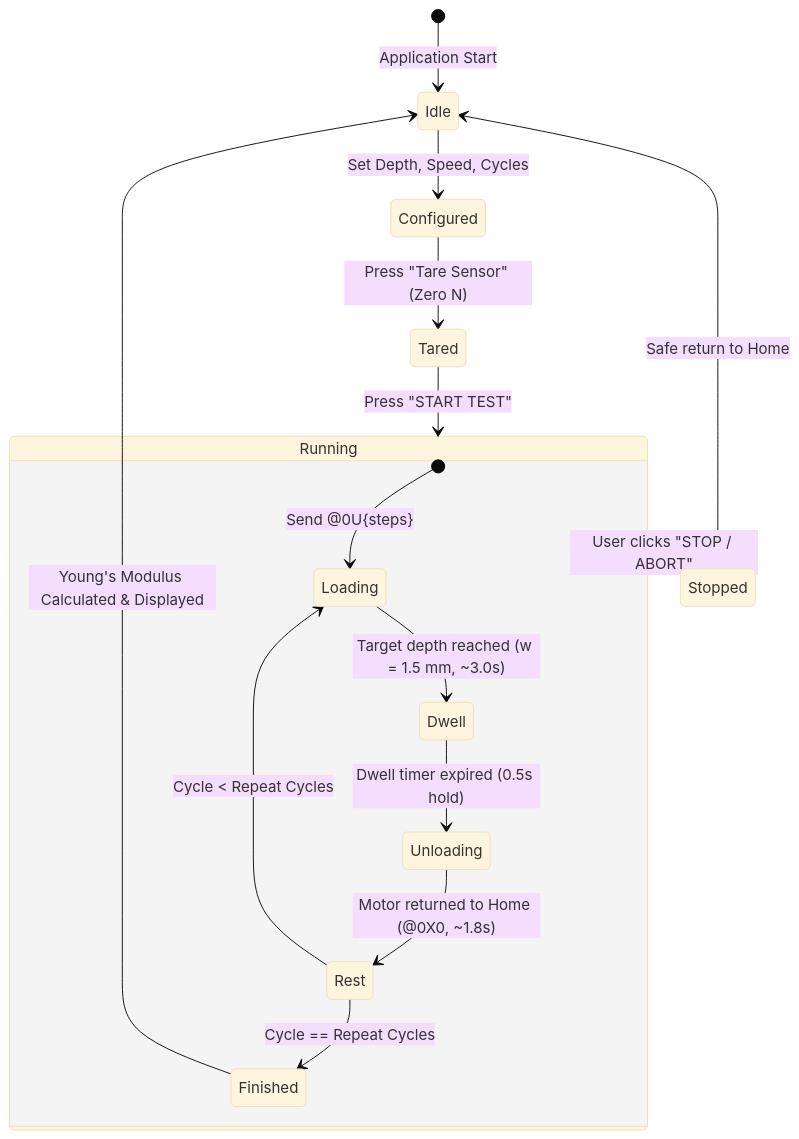
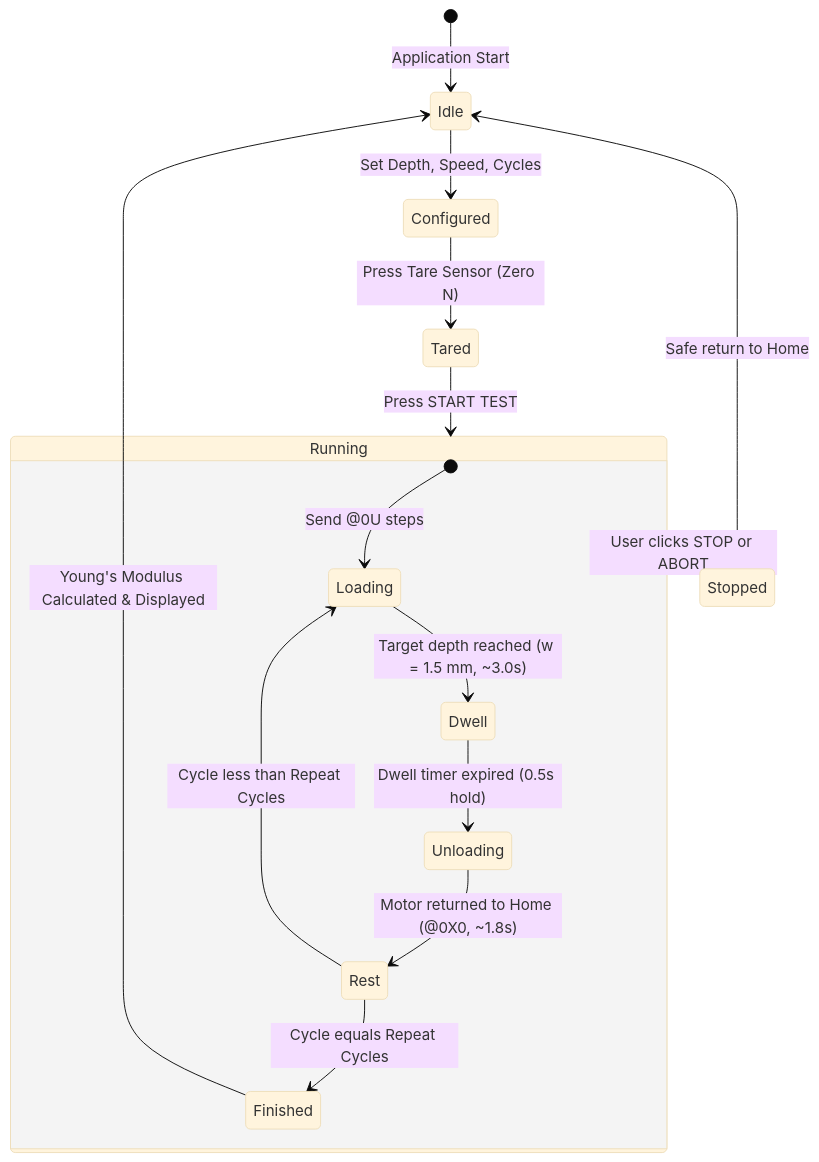
One commit to Corneliox/Indenter_LabView2Python changed the third of 6 diagrams in WORKFLOW.md. Above: the diagram before and after it, drawn with Mermaid (base theme). The commit also changed other lines of this file, not shown here.

Commit message:
Fix Mermaid diagram syntax for GitHub rendering

````diff
--- a/WORKFLOW.md
+++ b/WORKFLOW.md
@@ -113,21 +113,21 @@
 ```mermaid
 stateDiagram-v2
     [*] --> Idle: Application Start
 
     Idle --> Configured: Set Depth, Speed, Cycles
-    Configured --> Tared: Press "Tare Sensor" (Zero N)
-    Tared --> Running: Press "START TEST"
+    Configured --> Tared: Press Tare Sensor (Zero N)
+    Tared --> Running: Press START TEST
 
     state Running {
-        [*] --> Loading: Send @0U{steps}
+        [*] --> Loading: Send @0U steps
         Loading --> Dwell: Target depth reached (w = 1.5 mm, ~3.0s)
         Dwell --> Unloading: Dwell timer expired (0.5s hold)
         Unloading --> Rest: Motor returned to Home (@0X0, ~1.8s)
-        Rest --> Loading: Cycle < Repeat Cycles
-        Rest --> Finished: Cycle == Repeat Cycles
+        Rest --> Loading: Cycle less than Repeat Cycles
+        Rest --> Finished: Cycle equals Repeat Cycles
     }
 
-    Running --> Stopped: User clicks "STOP / ABORT"
+    Running --> Stopped: User clicks STOP or ABORT
     Stopped --> Idle: Safe return to Home
     Finished --> Idle: Young's Modulus Calculated & Displayed
 ```
````
